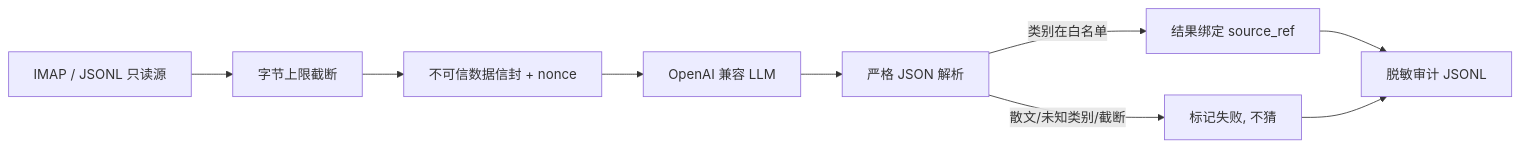
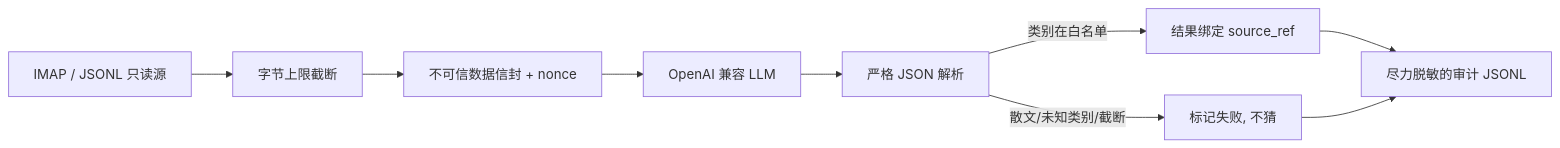
One commit to RiAnBee/prompt-mail-triage changed the diagram in docs/architecture.md. Above: the diagram before and after it, drawn with Mermaid. The commit also changed other lines of this file and 9 other files, not shown here.

````diff
--- a/docs/architecture.md
+++ b/docs/architecture.md
@@ -5,11 +5,11 @@
 ```mermaid
 flowchart LR
     A[IMAP / JSONL 只读源] --> B[字节上限截断]
     B --> C[不可信数据信封 + nonce]
     C --> D[OpenAI 兼容 LLM]
     D --> E[严格 JSON 解析]
     E -->|类别在白名单| F[结果绑定 source_ref]
     E -->|散文/未知类别/截断| G[标记失败, 不猜]
-    F --> H[脱敏审计 JSONL]
+    F --> H[尽力脱敏的审计 JSONL]
     G --> H
 ```
````
